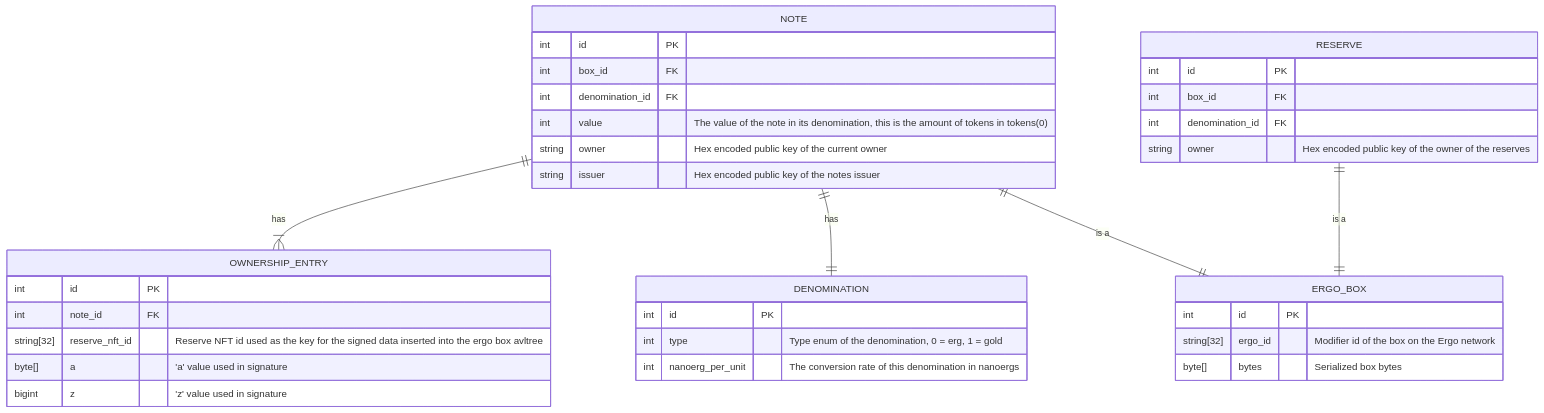
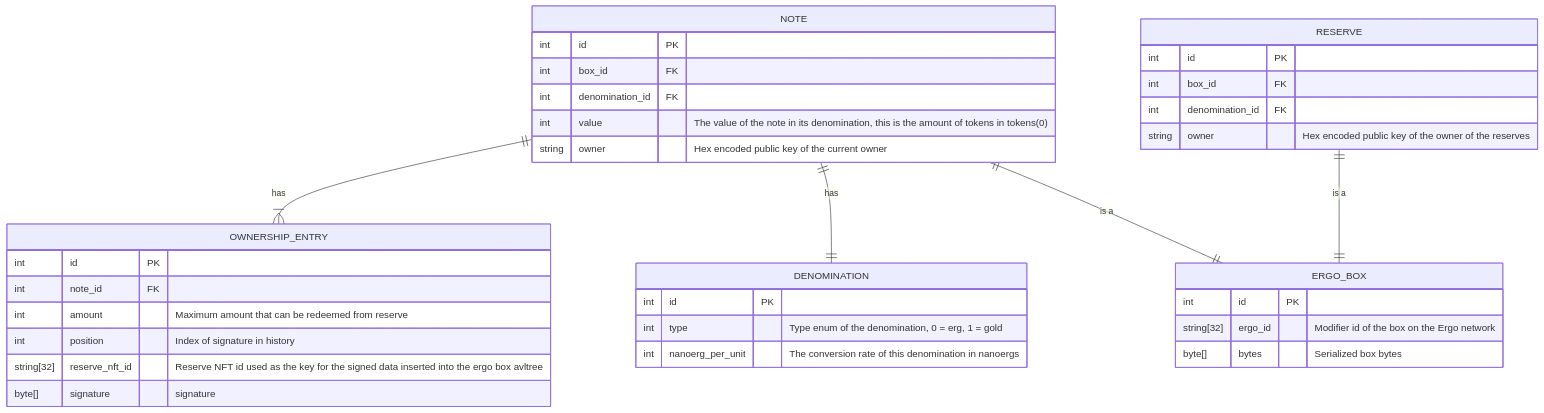
The diagram in docs/MODEL.md (ChainCashLabs/chaincash-rs), drawn with Mermaid before and after one commit.

````diff
--- a/docs/MODEL.md
+++ b/docs/MODEL.md
@@ -5,38 +5,38 @@
 ```mermaid
 erDiagram
     NOTE {
         int id PK
         int box_id FK
         int denomination_id FK
         int value "The value of the note in its denomination, this is the amount of tokens in tokens(0)"
         string owner "Hex encoded public key of the current owner"
-        string issuer "Hex encoded public key of the notes issuer"
     }
     RESERVE {
         int id PK
         int box_id FK
         int denomination_id FK
         string owner "Hex encoded public key of the owner of the reserves"
     }
     ERGO_BOX {
         int id PK
         string[32] ergo_id "Modifier id of the box on the Ergo network"
         byte[] bytes "Serialized box bytes"
     }
     OWNERSHIP_ENTRY {
         int id PK
         int note_id FK
+        int amount "Maximum amount that can be redeemed from reserve"
+        int position "Index of signature in history"
         string[32] reserve_nft_id "Reserve NFT id used as the key for the signed data inserted into the ergo box avltree"
-        byte[] a "'a' value used in signature"
-        bigint z "'z' value used in signature"
+        byte[] signature "signature"
     }
     DENOMINATION {
         int id PK
         int type "Type enum of the denomination, 0 = erg, 1 = gold"
         int nanoerg_per_unit "The conversion rate of this denomination in nanoergs"
     }
     NOTE ||--|{ OWNERSHIP_ENTRY : "has"
     NOTE ||--|| DENOMINATION : "has"
     NOTE ||--|| ERGO_BOX : "is a"
     RESERVE ||--|| ERGO_BOX : "is a"
 ```
````
